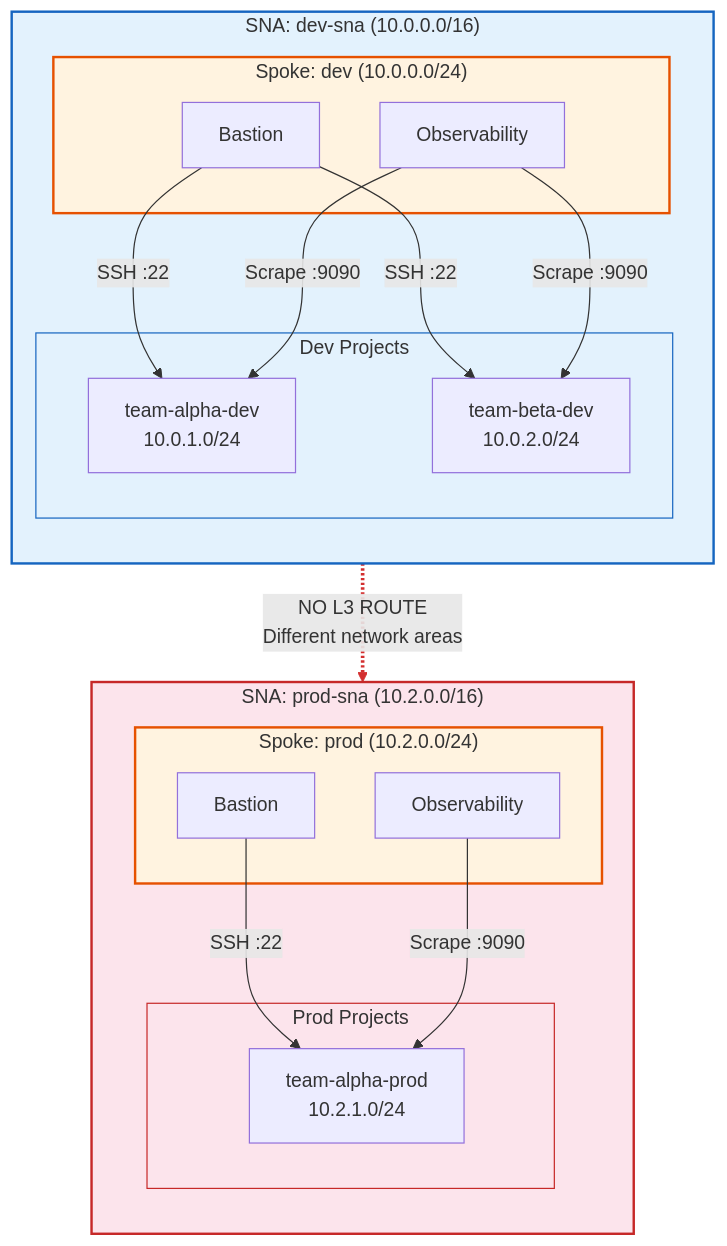
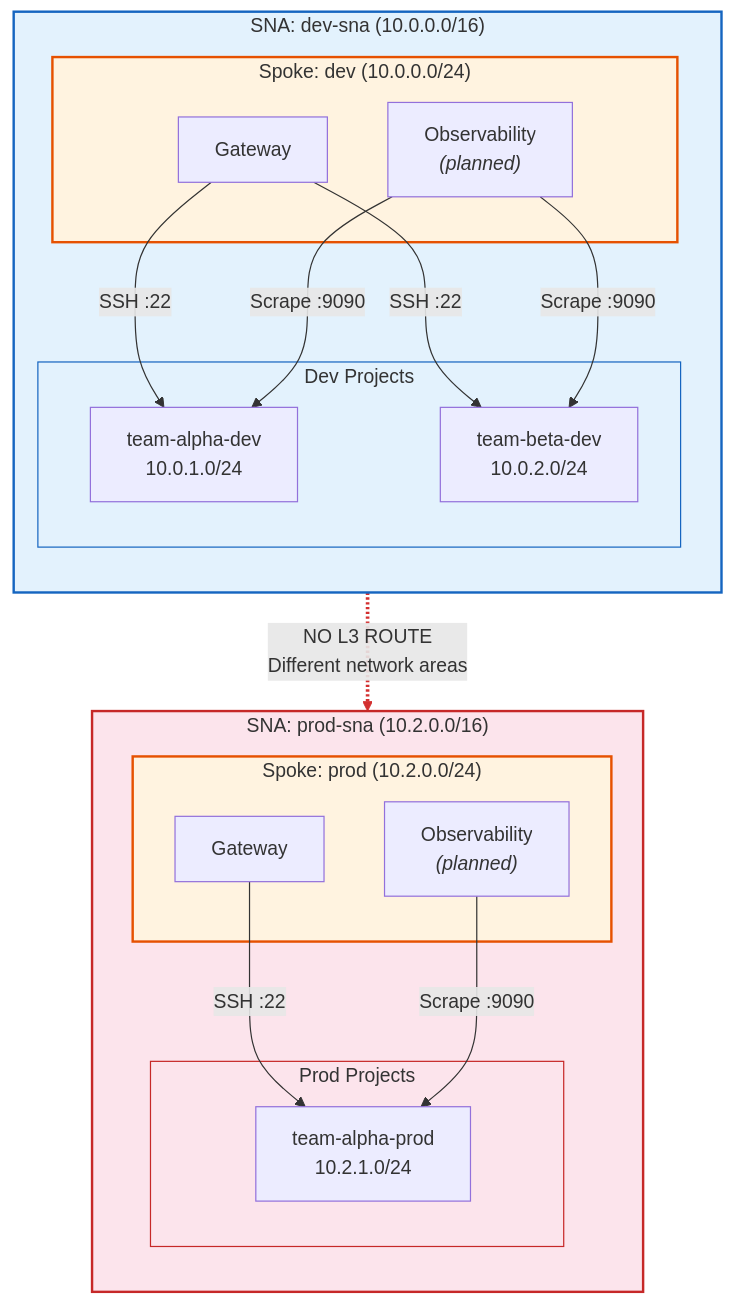
The third of 12 diagrams in docs/architecture.md (Liquid-Reply/stackit-landingzone), drawn with Mermaid before and after one commit. The commit also changed other lines of this file and 40 other files, not shown here.

````diff
--- a/docs/architecture.md
+++ b/docs/architecture.md
@@ -101,48 +101,48 @@
 ```mermaid
 graph TB
     subgraph sna_dev["SNA: dev-sna (10.0.0.0/16)"]
         direction TB
 
         subgraph spoke_dev_net["Spoke: dev (10.0.0.0/24)"]
-            bastion_dev["Bastion"]
-            prom_dev["Observability"]
+            bastion_dev["Gateway"]
+            prom_dev["Observability<br/><i>(planned)</i>"]
         end
 
         subgraph dev_projects["Dev Projects"]
             alpha_dev["team-alpha-dev<br/>10.0.1.0/24"]
             beta_dev["team-beta-dev<br/>10.0.2.0/24"]
         end
 
         bastion_dev -->|"SSH :22"| alpha_dev
         bastion_dev -->|"SSH :22"| beta_dev
         prom_dev -->|"Scrape :9090"| alpha_dev
         prom_dev -->|"Scrape :9090"| beta_dev
     end
 
     subgraph sna_prod["SNA: prod-sna (10.2.0.0/16)"]
         direction TB
 
         subgraph spoke_prod_net["Spoke: prod (10.2.0.0/24)"]
-            bastion_prod["Bastion"]
-            prom_prod["Observability"]
+            bastion_prod["Gateway"]
+            prom_prod["Observability<br/><i>(planned)</i>"]
         end
 
         subgraph prod_projects["Prod Projects"]
             alpha_prod["team-alpha-prod<br/>10.2.1.0/24"]
         end
 
         bastion_prod -->|"SSH :22"| alpha_prod
         prom_prod -->|"Scrape :9090"| alpha_prod
     end
 
     sna_dev -.->|"NO L3 ROUTE<br/>Different network areas"| sna_prod
 
     style sna_dev fill:#e3f2fd,stroke:#1565c0,stroke-width:2px
     style sna_prod fill:#fce4ec,stroke:#c62828,stroke-width:2px
     style spoke_dev_net fill:#fff3e0,stroke:#e65100,stroke-width:2px
     style spoke_prod_net fill:#fff3e0,stroke:#e65100,stroke-width:2px
     style dev_projects fill:#e3f2fd,stroke:#1565c0,stroke-width:1px
     style prod_projects fill:#fce4ec,stroke:#c62828,stroke-width:1px
 
     linkStyle 6 stroke:#d32f2f,stroke-width:3px
 ```
````
